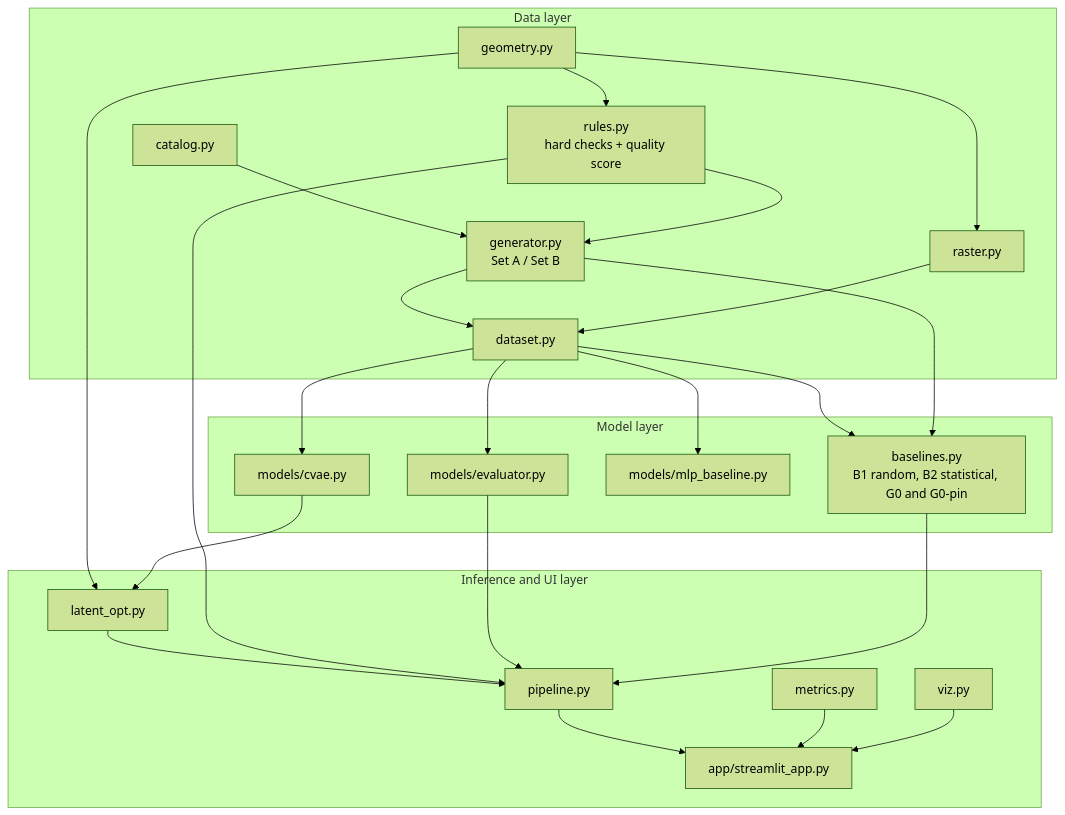
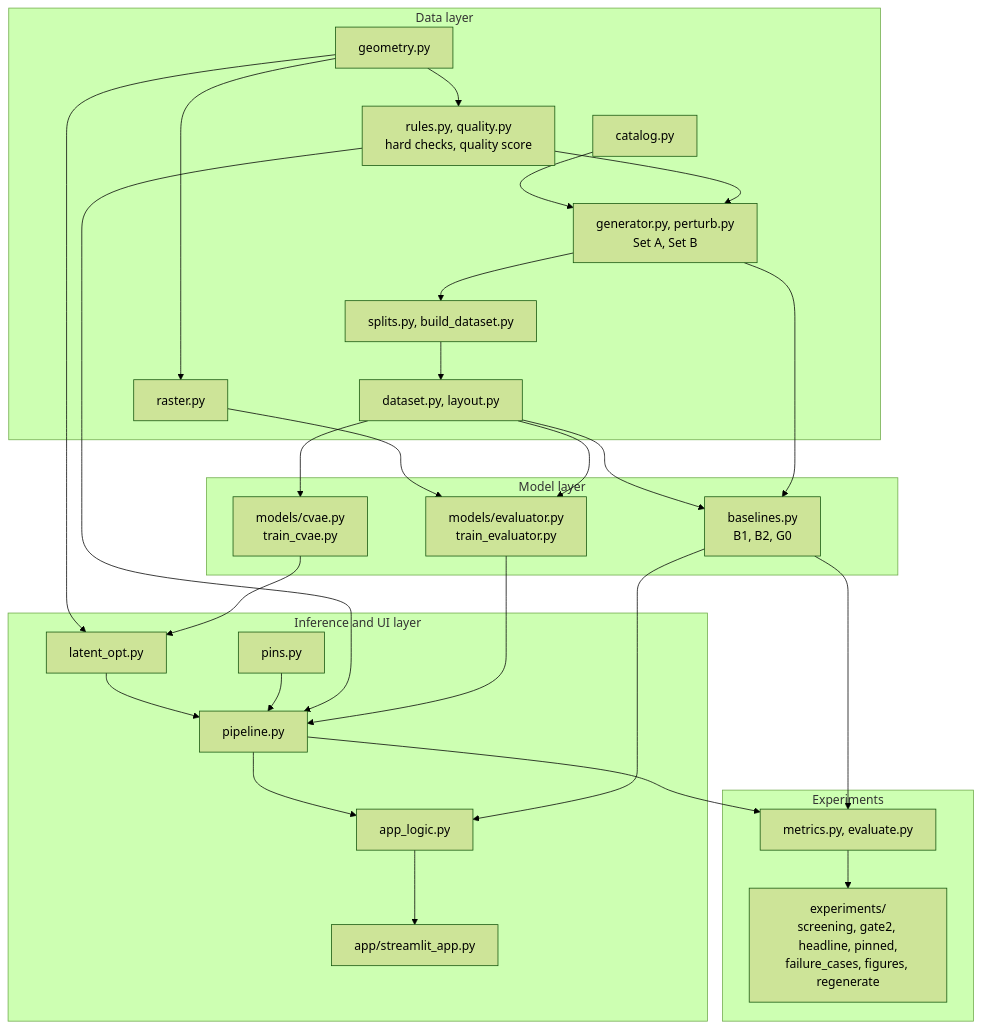
One commit to YashPandit09/DL_MiniProject changed the second of 7 diagrams in Architecture.md. Above: the diagram before and after it, drawn with Mermaid (forest theme). The commit also changed other lines of this file and 117 other files, not shown here.

````diff
--- a/Architecture.md
+++ b/Architecture.md
@@ -50,44 +50,51 @@
 ```mermaid
 flowchart TB
     subgraph DataLayer[Data layer]
         CATALOG[catalog.py]
         GEOM[geometry.py]
-        RULES[rules.py<br/>hard checks + quality score]
-        GEN[generator.py<br/>Set A / Set B]
+        RULES[rules.py, quality.py<br/>hard checks, quality score]
+        GEN[generator.py, perturb.py<br/>Set A, Set B]
+        SPLIT[splits.py, build_dataset.py]
         RAST[raster.py]
-        DS[dataset.py]
+        DS[dataset.py, layout.py]
     end
     subgraph ModelLayer[Model layer]
-        CVAE[models/cvae.py]
-        EVAL[models/evaluator.py]
-        MLPB[models/mlp_baseline.py]
-        BASE[baselines.py<br/>B1 random, B2 statistical, G0 and G0-pin]
+        CVAE[models/cvae.py<br/>train_cvae.py]
+        EVAL[models/evaluator.py<br/>train_evaluator.py]
+        BASE[baselines.py<br/>B1, B2, G0]
     end
     subgraph InferenceLayer[Inference and UI layer]
         LOPT[latent_opt.py]
+        PINS[pins.py]
         PIPE[pipeline.py]
-        MET[metrics.py]
-        VIZ[viz.py]
+        LOGIC[app_logic.py]
         APP[app/streamlit_app.py]
+    end
+    subgraph Experiments[Experiments]
+        HARN[metrics.py, evaluate.py]
+        EXP[experiments/<br/>screening, gate2, headline, pinned,<br/>failure_cases, figures, regenerate]
     end
     CATALOG --> GEN
     GEOM --> RULES
     GEOM --> RAST
     GEOM --> LOPT
     RULES --> GEN
-    GEN --> DS
-    RAST --> DS
+    GEN --> SPLIT
+    SPLIT --> DS
     DS --> CVAE
+    RAST --> EVAL
     DS --> EVAL
-    DS --> MLPB
     DS --> BASE
     GEN --> BASE
     CVAE --> LOPT
     LOPT --> PIPE
+    PINS --> PIPE
     RULES --> PIPE
     EVAL --> PIPE
-    BASE --> PIPE
-    PIPE --> APP
-    MET --> APP
-    VIZ --> APP
+    PIPE --> LOGIC
+    BASE --> LOGIC
+    LOGIC --> APP
+    PIPE --> HARN
+    BASE --> HARN
+    HARN --> EXP
 ```
````
